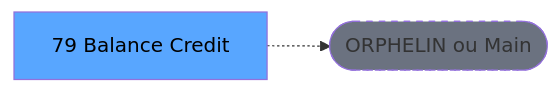
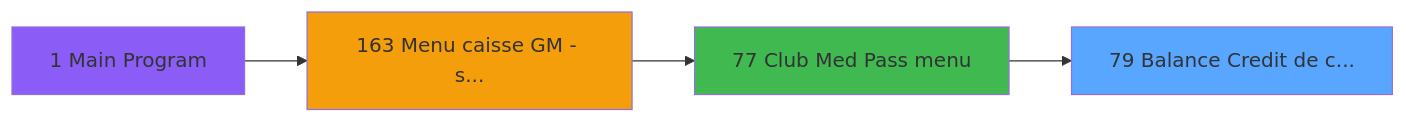
The third of 4 diagrams in .openspec/specs/ADH-IDE-79.md (thonyAGP/magic-migration), drawn with Mermaid before and after one commit. The commit also changed other lines of this file and 253 other files, not shown here.

````diff
--- a/.openspec/specs/ADH-IDE-79.md
+++ b/.openspec/specs/ADH-IDE-79.md
@@ -122,8 +1148,14 @@
 ```mermaid
 graph LR
-    T[79 Balance Credit ]
-    ORPHAN([ORPHELIN ou Main])
-    T -.-> ORPHAN
-    style T fill:#58a6ff,color:#000
-    style ORPHAN fill:#6b7280,stroke-dasharray: 5 5
+    T79[79 Balance Credit de c...]
+    style T79 fill:#58a6ff
+    CC1[1 Main Program]
+    style CC1 fill:#8b5cf6
+    CC163[163 Menu caisse GM - s...]
+    style CC163 fill:#f59e0b
+    CC77[77 Club Med Pass menu]
+    style CC77 fill:#3fb950
+    CC163 --> CC77
+    CC1 --> CC163
+    CC77 --> T79
 ```
````
